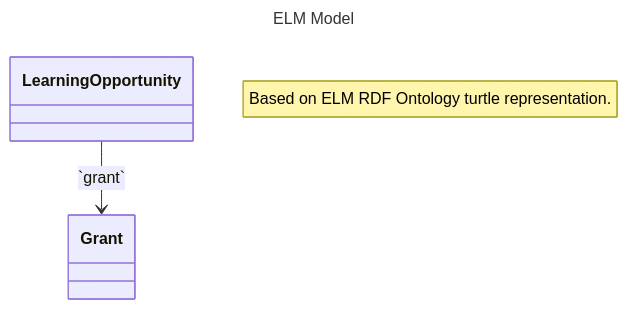
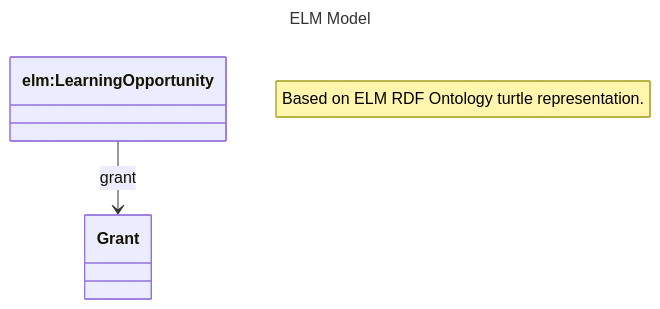
One commit to philbarker/ELM_Diag changed the diagram in elm_model.md. Above: the diagram before and after it, drawn with Mermaid.

````diff
--- a/elm_model.md
+++ b/elm_model.md
@@ -2,9 +2,9 @@
 ```mermaid
 ---
 title: ELM Model
 description: European Learning Model data model diagrammed using Mermaid.
 ---
 classDiagram
    note "Based on ELM RDF Ontology turtle representation."
-   `LearningOpportunity` --> `Grant` : `grant`
+   `elm:LearningOpportunity` --> `Grant` : grant
 ```
````
